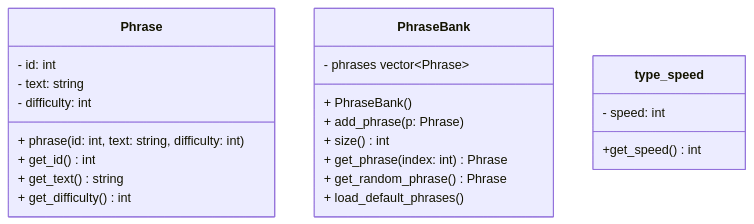
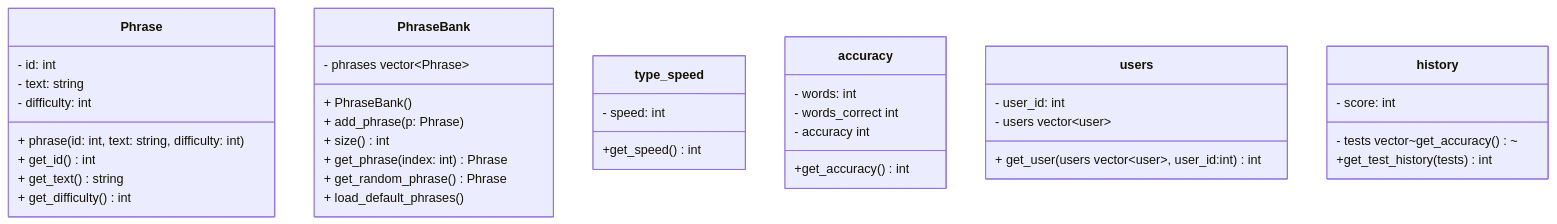
Before and after one commit to sfsandoval/tippitytappity-design: the diagram in README.md, drawn with Mermaid.

````diff
--- a/README.md
+++ b/README.md
@@ -9,30 +9,49 @@
 ```mermaid
 classDiagram
   
   class Phrase{
         - id: int
         - text: string
         - difficulty: int
         + phrase(id: int, text: string, difficulty: int)
         + get_id() int
         + get_text() string
         + get_difficulty() int
 
   }
   class PhraseBank{
         - phrases vector~Phrase~
         + PhraseBank()
         + add_phrase(p: Phrase)
         + size() int
         + get_phrase(index: int) Phrase
         + get_random_phrase() Phrase
         + load_default_phrases()
   }
 class type_speed{
   - speed: int
   +get_speed() int
 }
 
+class accuracy{
+  - words: int
+  - words_correct int
+  - accuracy int
+  +get_accuracy() int
 
+}
+
+class users{
+  - user_id: int
+  - users vector~user~
+  + get_user(users vector~user~, user_id:int) int
+}
+
+class history{
+  - score: int
+  - tests vector~get_accuracy()~
+
+  +get_test_history(tests) int
+}
 
 ```
````
